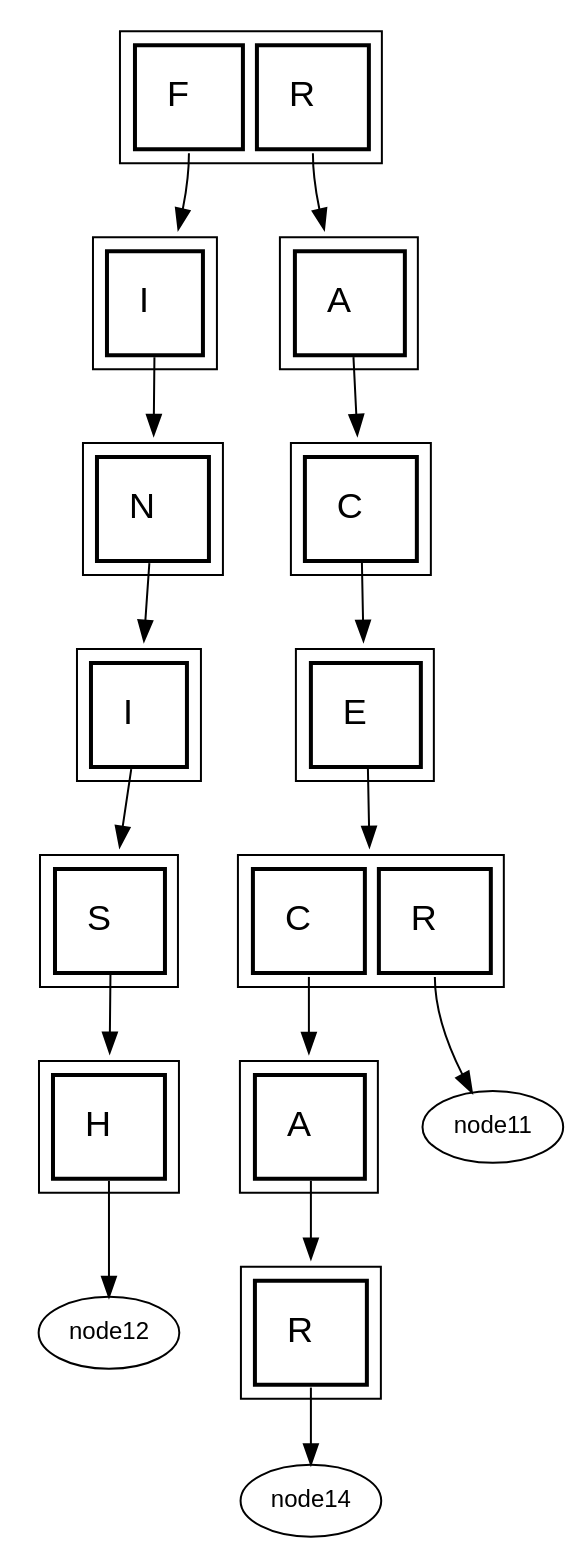
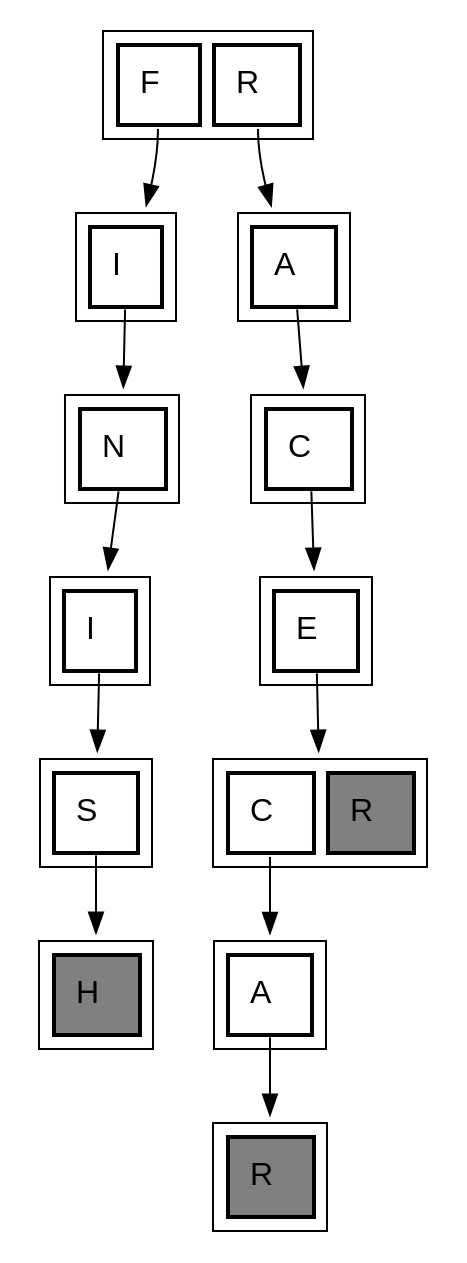
Before and after one commit to samsepi0x0/trie-visualize: the diagram in build/trie.dot, drawn with Graphviz. The commit also changed 3 other files, not shown here.

```diff
--- a/build/trie.dot
+++ b/build/trie.dot
@@ -1,163 +1,159 @@
 digraph g { 
 
-beautify = true;
 fontname = "Helvetica, Arial, sans-serif"
 node [fontname = "Helvetica, Arial, sans-serif"] 
 edge [fontname = "Helvetica, Arial, sans-serif"] 
 graph [nodesep=0.2, ranksep=0.4];
 graph [rankdir = "TB"]; 
 node [ 
 	fontsize = "12"
 	shape = "ellipse"
 ]; 
 edge []; 
 "node10" [ 
 	shape = "plaintext"
-	fontsize = "18"
+	fontsize = "16"
 	label = <
-		<TABLE CELLPADDING="15" BORDER="1" CELLBORDER="2" CELLSPACING="5">
+		<TABLE CELLPADDING="10" BORDER="1" CELLBORDER="2" CELLSPACING="5">
 		<TR>
 			<TD ALIGN="CENTER" VALIGN="MIDDLE" PORT = "f0"> A </TD>
 		</TR>
 		</TABLE>
 	>
 ]
 "node9" [ 
 	shape = "plaintext"
-	fontsize = "18"
+	fontsize = "16"
 	label = <
-		<TABLE CELLPADDING="15" BORDER="1" CELLBORDER="2" CELLSPACING="5">
+		<TABLE CELLPADDING="10" BORDER="1" CELLBORDER="2" CELLSPACING="5">
 		<TR>
-			<TD ALIGN="CENTER" VALIGN="MIDDLE" PORT = "f7"> H </TD>
+			<TD ALIGN="CENTER" VALIGN="MIDDLE" PORT = "f7" BGCOLOR="gray"> H </TD>
 		</TR>
 		</TABLE>
 	>
 ]
 "node8" [ 
 	shape = "plaintext"
-	fontsize = "18"
+	fontsize = "16"
 	label = <
-		<TABLE CELLPADDING="15" BORDER="1" CELLBORDER="2" CELLSPACING="5">
+		<TABLE CELLPADDING="10" BORDER="1" CELLBORDER="2" CELLSPACING="5">
 		<TR>
 			<TD ALIGN="CENTER" VALIGN="MIDDLE" PORT = "f2"> C </TD>
-			<TD ALIGN="CENTER" VALIGN="MIDDLE" PORT = "f17"> R </TD>
+			<TD ALIGN="CENTER" VALIGN="MIDDLE" PORT = "f17" BGCOLOR="gray"> R </TD>
 		</TR>
 		</TABLE>
 	>
 ]
 "node7" [ 
 	shape = "plaintext"
-	fontsize = "18"
+	fontsize = "16"
 	label = <
-		<TABLE CELLPADDING="15" BORDER="1" CELLBORDER="2" CELLSPACING="5">
+		<TABLE CELLPADDING="10" BORDER="1" CELLBORDER="2" CELLSPACING="5">
 		<TR>
 			<TD ALIGN="CENTER" VALIGN="MIDDLE" PORT = "f18"> S </TD>
 		</TR>
 		</TABLE>
 	>
 ]
 "node6" [ 
 	shape = "plaintext"
-	fontsize = "18"
+	fontsize = "16"
 	label = <
-		<TABLE CELLPADDING="15" BORDER="1" CELLBORDER="2" CELLSPACING="5">
+		<TABLE CELLPADDING="10" BORDER="1" CELLBORDER="2" CELLSPACING="5">
 		<TR>
 			<TD ALIGN="CENTER" VALIGN="MIDDLE" PORT = "f4"> E </TD>
 		</TR>
 		</TABLE>
 	>
 ]
 "node5" [ 
 	shape = "plaintext"
-	fontsize = "18"
+	fontsize = "16"
 	label = <
-		<TABLE CELLPADDING="15" BORDER="1" CELLBORDER="2" CELLSPACING="5">
+		<TABLE CELLPADDING="10" BORDER="1" CELLBORDER="2" CELLSPACING="5">
 		<TR>
 			<TD ALIGN="CENTER" VALIGN="MIDDLE" PORT = "f8"> I </TD>
 		</TR>
 		</TABLE>
 	>
 ]
 "node4" [ 
 	shape = "plaintext"
-	fontsize = "18"
+	fontsize = "16"
 	label = <
-		<TABLE CELLPADDING="15" BORDER="1" CELLBORDER="2" CELLSPACING="5">
+		<TABLE CELLPADDING="10" BORDER="1" CELLBORDER="2" CELLSPACING="5">
 		<TR>
 			<TD ALIGN="CENTER" VALIGN="MIDDLE" PORT = "f2"> C </TD>
 		</TR>
 		</TABLE>
 	>
 ]
 "node3" [ 
 	shape = "plaintext"
-	fontsize = "18"
+	fontsize = "16"
 	label = <
-		<TABLE CELLPADDING="15" BORDER="1" CELLBORDER="2" CELLSPACING="5">
+		<TABLE CELLPADDING="10" BORDER="1" CELLBORDER="2" CELLSPACING="5">
 		<TR>
 			<TD ALIGN="CENTER" VALIGN="MIDDLE" PORT = "f13"> N </TD>
 		</TR>
 		</TABLE>
 	>
 ]
 "node2" [ 
 	shape = "plaintext"
-	fontsize = "18"
+	fontsize = "16"
 	label = <
-		<TABLE CELLPADDING="15" BORDER="1" CELLBORDER="2" CELLSPACING="5">
+		<TABLE CELLPADDING="10" BORDER="1" CELLBORDER="2" CELLSPACING="5">
 		<TR>
 			<TD ALIGN="CENTER" VALIGN="MIDDLE" PORT = "f0"> A </TD>
 		</TR>
 		</TABLE>
 	>
 ]
 "node1" [ 
 	shape = "plaintext"
-	fontsize = "18"
+	fontsize = "16"
 	label = <
-		<TABLE CELLPADDING="15" BORDER="1" CELLBORDER="2" CELLSPACING="5">
+		<TABLE CELLPADDING="10" BORDER="1" CELLBORDER="2" CELLSPACING="5">
 		<TR>
 			<TD ALIGN="CENTER" VALIGN="MIDDLE" PORT = "f8"> I </TD>
 		</TR>
 		</TABLE>
 	>
 ]
 "node13" [ 
 	shape = "plaintext"
-	fontsize = "18"
+	fontsize = "16"
 	label = <
-		<TABLE CELLPADDING="15" BORDER="1" CELLBORDER="2" CELLSPACING="5">
+		<TABLE CELLPADDING="10" BORDER="1" CELLBORDER="2" CELLSPACING="5">
 		<TR>
-			<TD ALIGN="CENTER" VALIGN="MIDDLE" PORT = "f17"> R </TD>
+			<TD ALIGN="CENTER" VALIGN="MIDDLE" PORT = "f17" BGCOLOR="gray"> R </TD>
 		</TR>
 		</TABLE>
 	>
 ]
 "node0" [ 
 	shape = "plaintext"
-	fontsize = "18"
+	fontsize = "16"
 	label = <
-		<TABLE CELLPADDING="15" BORDER="1" CELLBORDER="2" CELLSPACING="5">
+		<TABLE CELLPADDING="10" BORDER="1" CELLBORDER="2" CELLSPACING="5">
 		<TR>
 			<TD ALIGN="CENTER" VALIGN="MIDDLE" PORT = "f5"> F </TD>
 			<TD ALIGN="CENTER" VALIGN="MIDDLE" PORT = "f17"> R </TD>
 		</TR>
 		</TABLE>
 	>
 ]
 "node0":f5 -> "node1" [ id = 0 ];
 "node0":f17 -> "node2" [ id = 1 ];
 "node1":f8 -> "node3" [ id = 2 ];
 "node2":f0 -> "node4" [ id = 3 ];
 "node3":f13 -> "node5" [ id = 4 ];
 "node4":f2 -> "node6" [ id = 5 ];
 "node5":f8 -> "node7" [ id = 6 ];
 "node6":f4 -> "node8" [ id = 7 ];
 "node7":f18 -> "node9" [ id = 8 ];
 "node8":f2 -> "node10" [ id = 9 ];
-"node8":f17 -> "node11" [ id = 10 ];
-"node9":f7 -> "node12" [ id = 11 ];
-"node10":f0 -> "node13" [ id = 12 ];
-"node13":f17 -> "node14" [ id = 13 ];
+"node10":f0 -> "node13" [ id = 10 ];
 
 }
```
